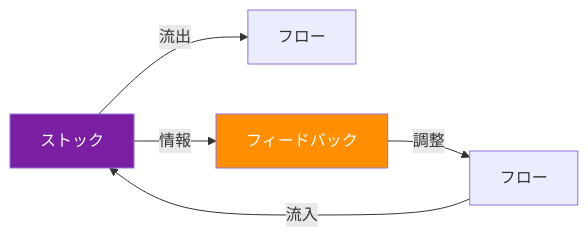
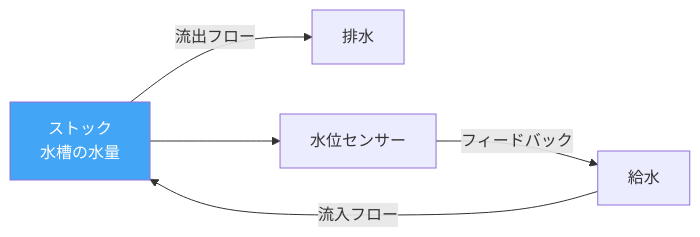
One commit to Hide-nu/Designer-curriculum changed the first of 6 diagrams in docs/books/03-social-transformation/ch04-systems-thinking.md. Above: the diagram before and after it, drawn with Mermaid. The commit also changed other lines of this file and 13 other files, not shown here.

````diff
--- a/docs/books/03-social-transformation/ch04-systems-thinking.md
+++ b/docs/books/03-social-transformation/ch04-systems-thinking.md
@@ -17,10 +31,8 @@
 ```mermaid
 graph LR
-    A[ストック] -->|流出| B[フロー]
-    C[フロー] -->|流入| A
-    A -->|情報| D[フィードバック]
-    D -->|調整| C
-
-    style A fill:#7b1fa2,color:#fff
-    style D fill:#ff8f00,color:#fff
+    A[ストック<br>水槽の水量] -->|流出フロー| B[排水]
+    C[給水] -->|流入フロー| A
+    D[水位センサー] -->|フィードバック| C
+    A --> D
+    style A fill:#42a5f5,color:#fff
 ```
````
